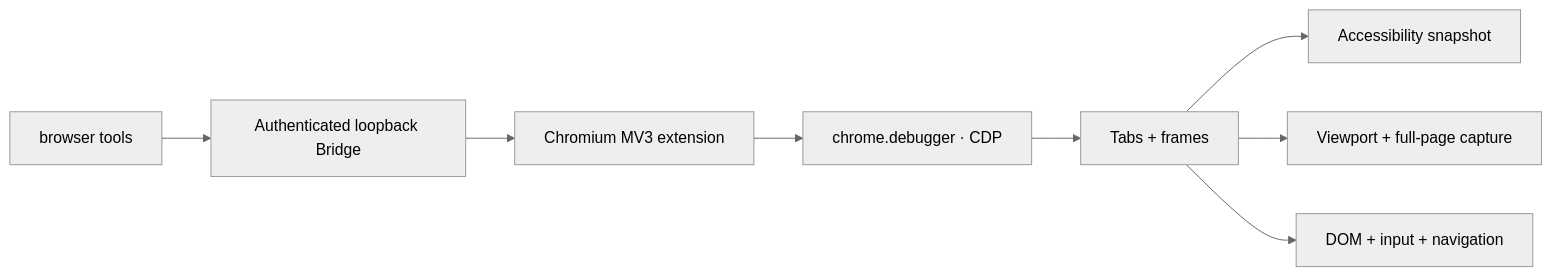
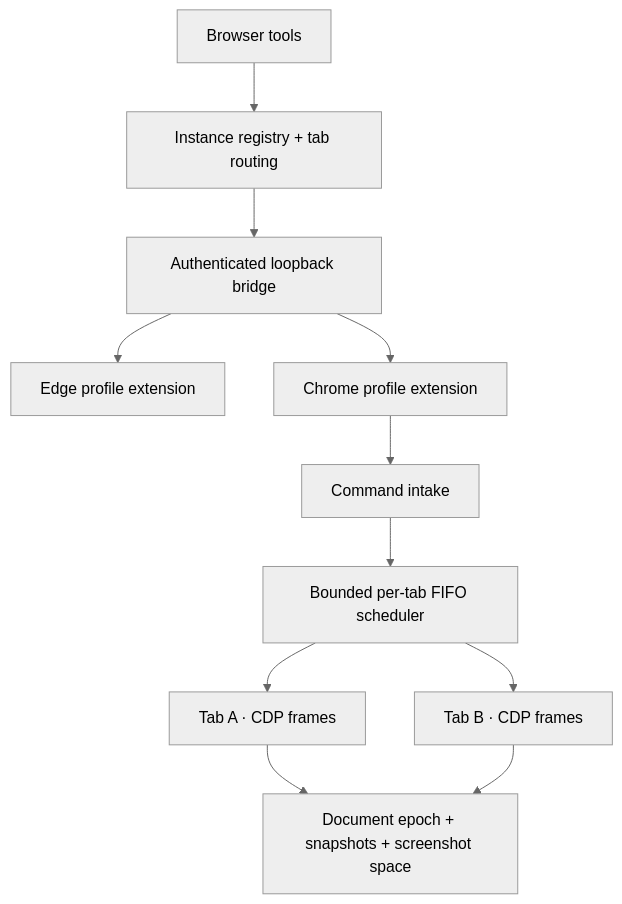
Before and after one commit to hicancan/local-runtime-mcp: the seventh of 7 diagrams in README.md, drawn with Mermaid (neutral theme). The commit also changed other lines of this file and 65 other files, not shown here.

````diff
--- a/README.md
+++ b/README.md
@@ -228,10 +238,13 @@
 ```mermaid
-flowchart LR
-    TOOLS[browser tools] --> BRIDGE[Authenticated loopback Bridge]
-    BRIDGE --> EXT[Chromium MV3 extension]
-    EXT --> CDP[chrome.debugger · CDP]
-    CDP --> TAB[Tabs + frames]
-    TAB --> SNAP[Accessibility snapshot]
-    TAB --> SHOT[Viewport + full-page capture]
-    TAB --> ACT[DOM + input + navigation]
+flowchart TB
+    Tools[Browser tools] --> Registry[Instance registry + tab routing]
+    Registry --> Bridge[Authenticated loopback bridge]
+    Bridge --> Edge[Edge profile extension]
+    Bridge --> Chrome[Chrome profile extension]
+    Chrome --> Intake[Command intake]
+    Intake --> Queue[Bounded per-tab FIFO scheduler]
+    Queue --> TabA[Tab A · CDP frames]
+    Queue --> TabB[Tab B · CDP frames]
+    TabA --> Observation[Document epoch + snapshots + screenshot space]
+    TabB --> Observation
 ```
````
